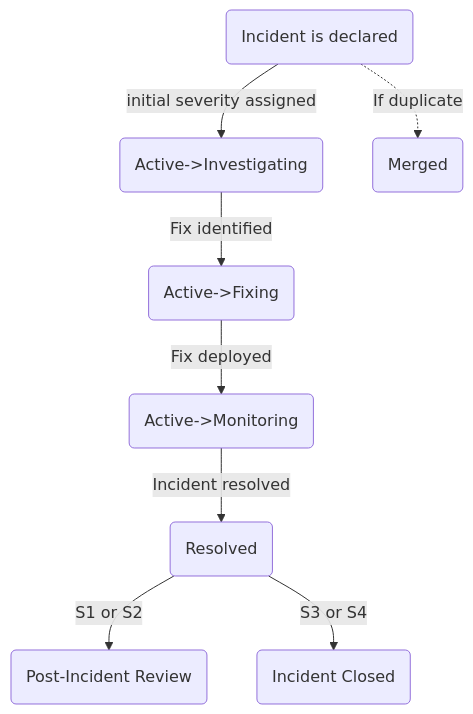
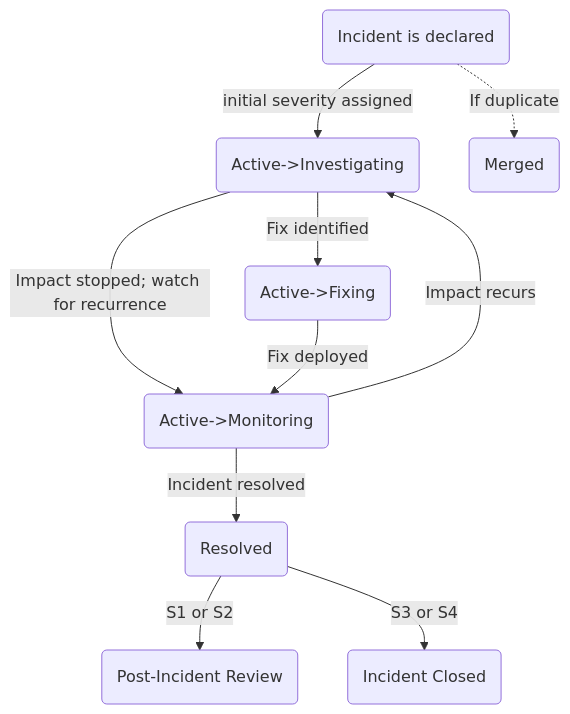
The diagram in content/handbook/engineering/infrastructure-platforms/incident-management/_index.md (kyama0/gitlab-handbook-ja), drawn with Mermaid before and after one commit. The commit also changed other lines of this file and 56 other files, not shown here.

````diff
--- a/content/handbook/engineering/infrastructure-platforms/incident-management/_index.md
+++ b/content/handbook/engineering/infrastructure-platforms/incident-management/_index.md
@@ -640,10 +648,12 @@
 ```mermaid
   graph TD
     A(Incident is declared) --> |initial severity assigned| B(Active->Investigating)
     A -.-> |If duplicate| Z(Merged)
     B --> |"Fix identified"| C(Active->Fixing)
+    B --> |"Impact stopped; watch for recurrence"| D(Active->Monitoring)
     C --> |"Fix deployed"| D(Active->Monitoring)
+    D --> |"Impact recurs"| B
     D --> |"Incident resolved"| E(Resolved)
     E --> |"S1 or S2"| F(Post-Incident Review)
     E --> |"S3 or S4"| G(Incident Closed)
 ```
````
